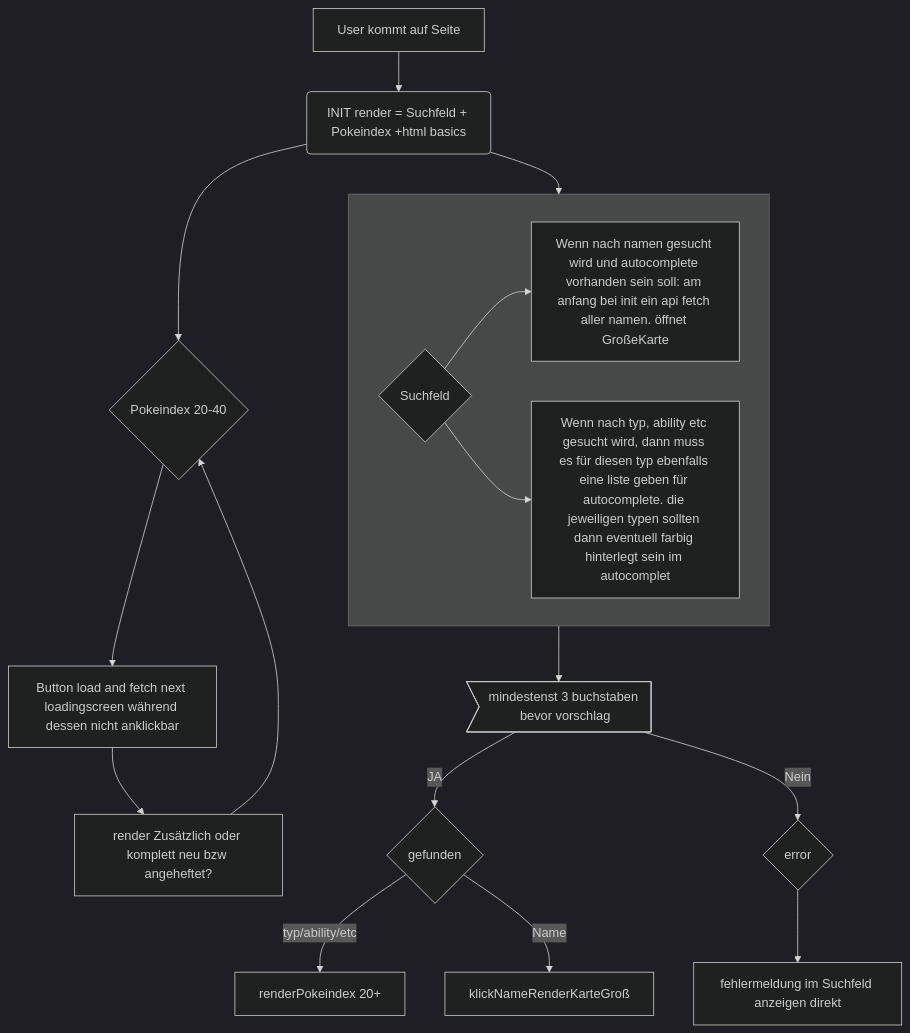
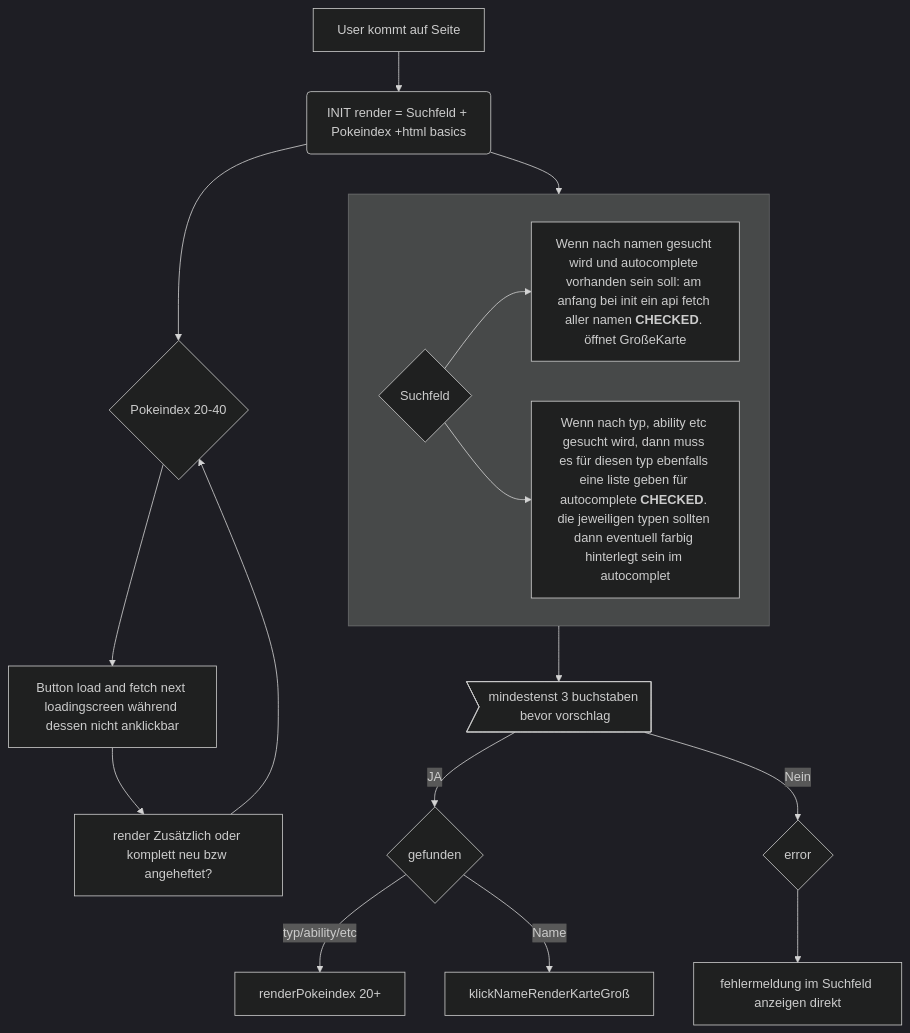
The first of 2 diagrams in vorbereitung.md (DN9305/Pokedex), drawn with Mermaid (dark theme) before and after one commit. The commit also changed other lines of this file and 5 other files, not shown here.

````diff
--- a/vorbereitung.md
+++ b/vorbereitung.md
@@ -13,25 +13,25 @@
 ```mermaid
 graph TD
     %% Zu sehen sind: 20-40 Pokemon als kleine karten mit name und typ. Sowie eine Suchleiste
     A[User kommt auf Seite] --> B(INIT render = Suchfeld + Pokeindex +html basics)
     B --> C{Suchfeld}
     subgraph Reihe [ ]
         direction LR
-        C--> zusatzinfoName[Wenn nach namen gesucht wird und autocomplete vorhanden sein soll: am anfang bei init ein api fetch aller namen. öffnet GroßeKarte]
+        C--> zusatzinfoName["`Wenn nach namen gesucht wird und autocomplete vorhanden sein soll: am anfang bei init ein api fetch aller namen **CHECKED**`". öffnet GroßeKarte]
 
-        C --> zusatzinfoTypEtc[Wenn nach typ, ability etc gesucht wird, dann muss es für diesen typ ebenfalls eine liste geben für autocomplete. die jeweiligen typen sollten dann eventuell farbig hinterlegt sein im autocomplet]
+        C --> zusatzinfoTypEtc["`Wenn nach typ, ability etc gesucht wird, dann muss es für diesen typ ebenfalls eine liste geben für autocomplete **CHECKED**`". die jeweiligen typen sollten dann eventuell farbig hinterlegt sein im autocomplet]
     end
     B --> D{Pokeindex 20-40}
     D --> Button[Button load and fetch next loadingscreen während dessen nicht anklickbar]
     Button --> F[render Zusätzlich oder komplett neu bzw angeheftet?]
     F --> D
 
     C --> daten>mindestenst 3 buchstaben bevor vorschlag]
     daten --> | JA | erfolg{gefunden}
     erfolg --> | typ/ability/etc | suchrender[renderPokeindex 20+]
     suchrender
     erfolg --> | Name | klickNameRenderKarteGroß
 
     daten --> | Nein | error{error}
     error --> errorHandling[fehlermeldung im Suchfeld anzeigen direkt]
 ```
````
